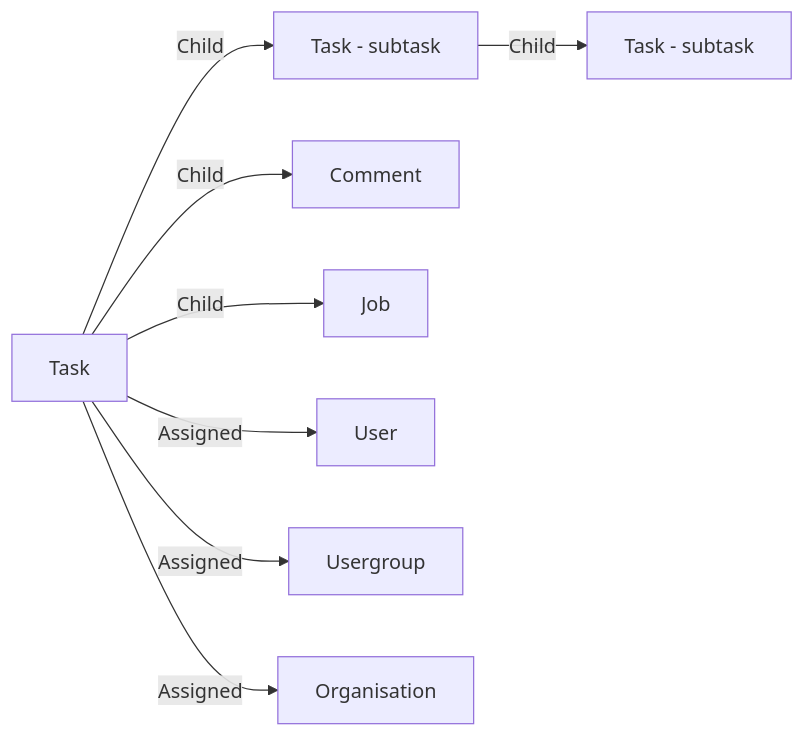
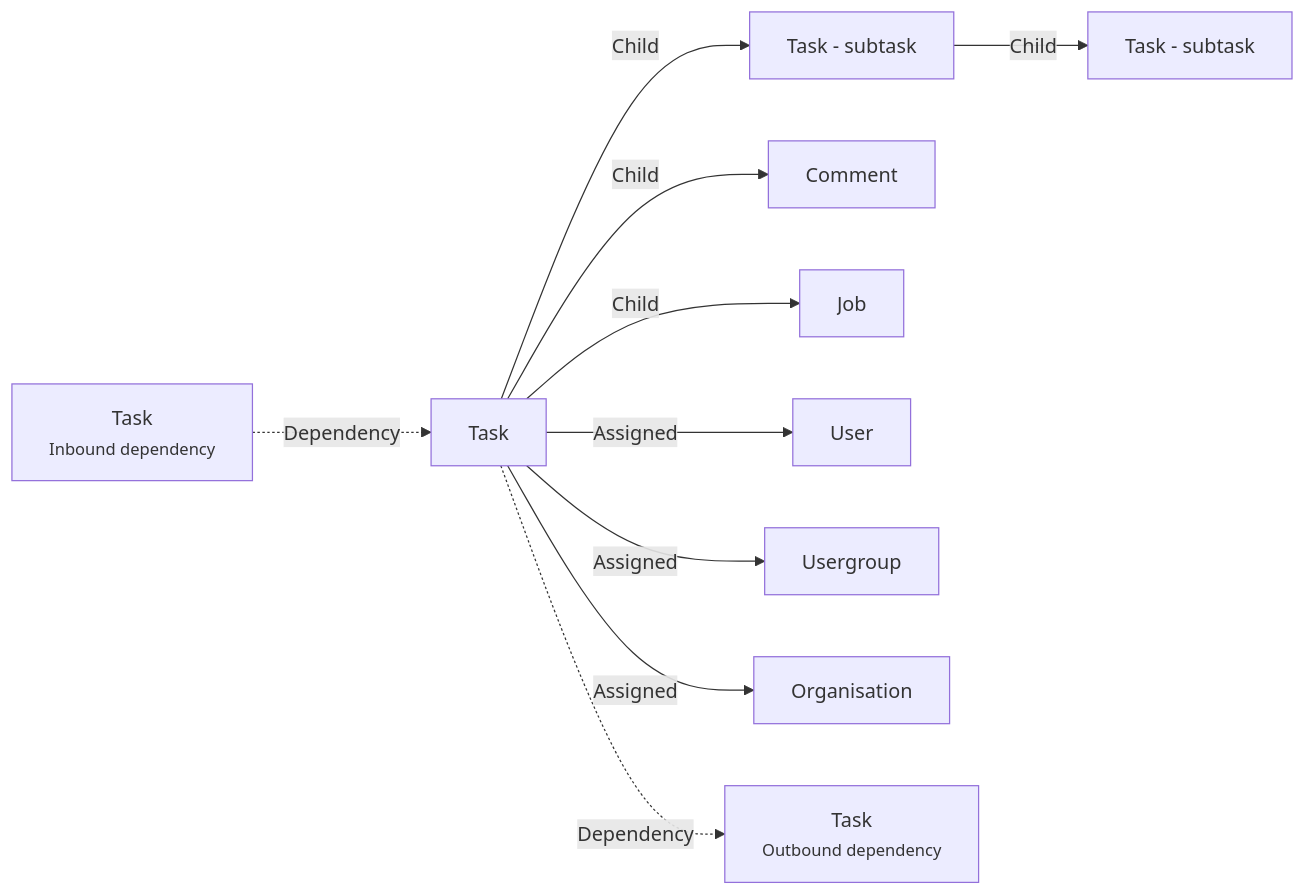
One commit to fatfish-lab/aquarium-documentation changed the diagram in src/web/items/task.md. Above: the diagram before and after it, drawn with Mermaid. The commit also changed other lines of this file and 6 other files, not shown here.

````diff
--- a/src/web/items/task.md
+++ b/src/web/items/task.md
@@ -18,10 +38,12 @@
 ```mermaid
 graph LR
   Task -->|Child| Subtask[Task - subtask]:::Task
   Subtask -->|Child| SubtaskB[Task - subtask]:::Task
   Task -->|Child| Comment
   Task -->|Child| Job
   Task -->|Assigned| User
   Task -->|Assigned| Usergroup
   Task -->|Assigned| Organisation
+  Task -.->|Dependency| Outbound[Task <br/> <small>Outbound dependency</small>]
+  Inbound[Task <br/> <small>Inbound dependency</small>] -.->|Dependency| Task
 ```
````
